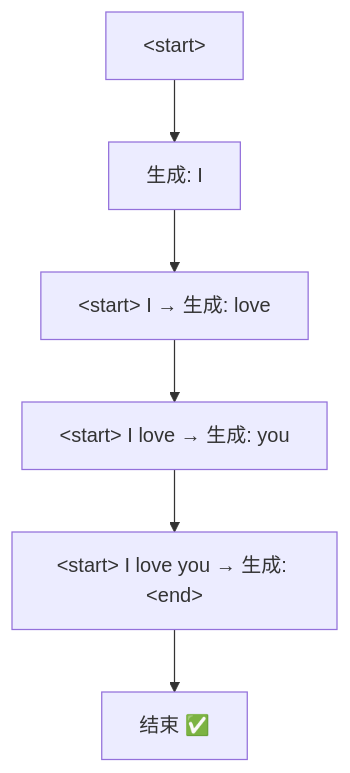
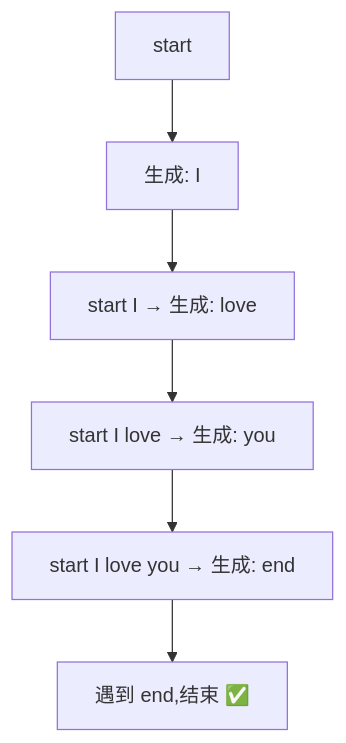
One commit to zerioo1970/summary changed the seventh of 13 diagrams in transformer-学习资料/第08章-训练与推理.md. Above: the diagram before and after it, drawn with Mermaid. The commit also changed other lines of this file and 6 other files, not shown here.

Commit message:
大幅扩写第1、2、8-12章:新增导览/数值示例/深入原理/FAQ/更多图解

````diff
--- a/transformer-学习资料/第08章-训练与推理.md
+++ b/transformer-学习资料/第08章-训练与推理.md
@@ -75,8 +148,8 @@
 ```mermaid
 flowchart TB
-    S["&lt;start&gt;"] --> G1["生成: I"]
-    G1 --> G2["&lt;start&gt; I → 生成: love"]
-    G2 --> G3["&lt;start&gt; I love → 生成: you"]
-    G3 --> G4["&lt;start&gt; I love you → 生成: &lt;end&gt;"]
-    G4 --> END["结束 ✅"]
+    S["start"] --> G1["生成: I"]
+    G1 --> G2["start I → 生成: love"]
+    G2 --> G3["start I love → 生成: you"]
+    G3 --> G4["start I love you → 生成: end"]
+    G4 --> END["遇到 end,结束 ✅"]
 ```
````
